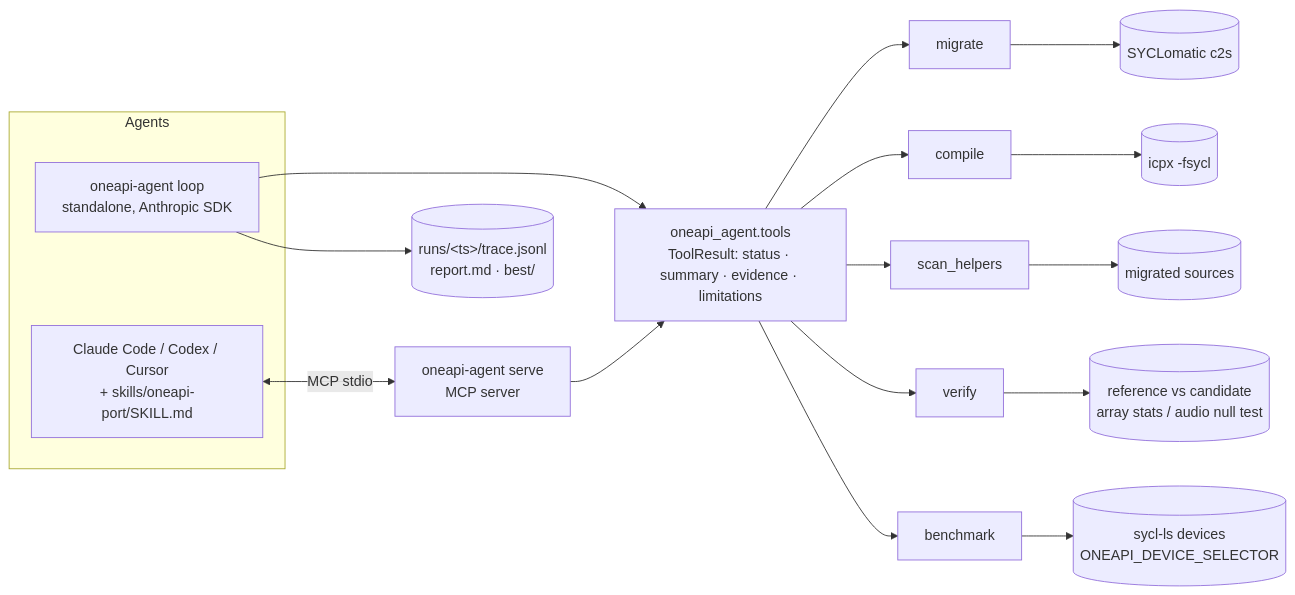
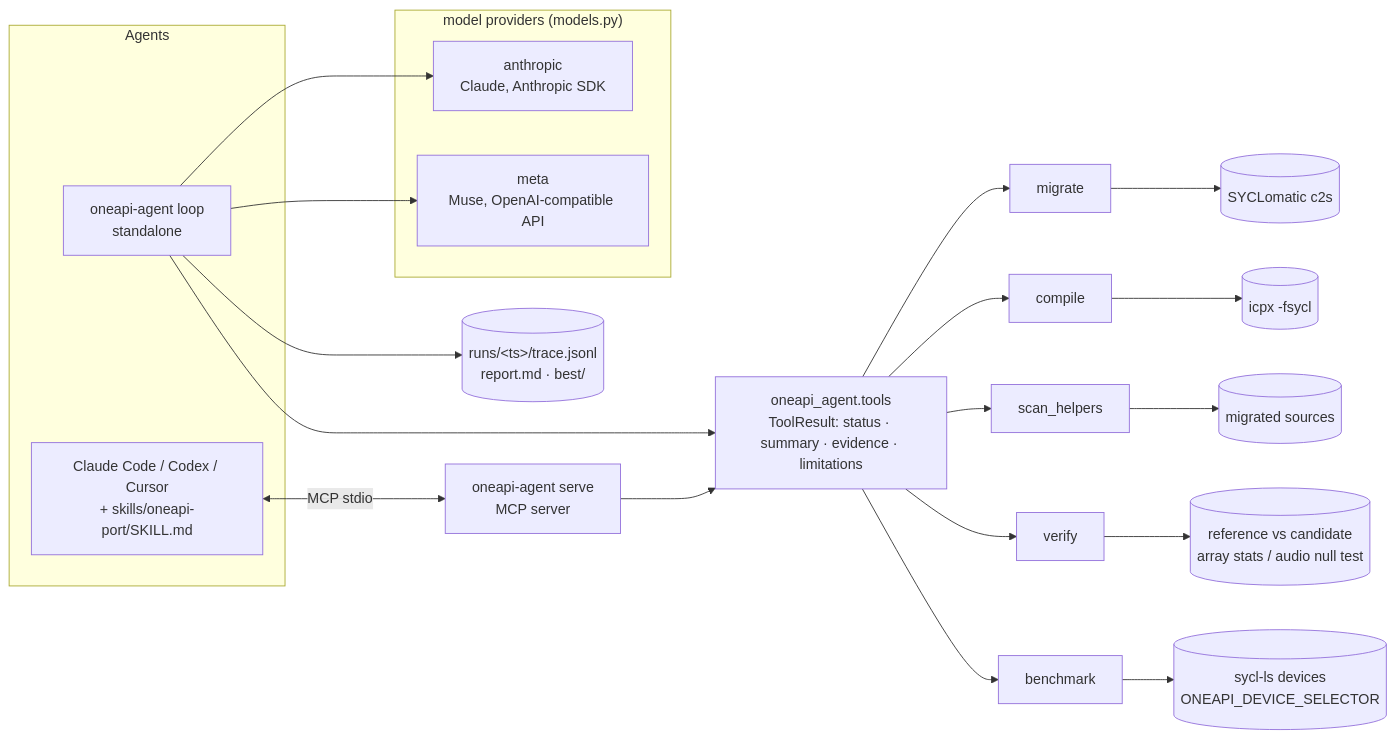
Before and after one commit to checocadena/oneapi-agent-toolkit: the diagram in README.md, drawn with Mermaid. The commit also changed other lines of this file and 3 other files, not shown here.

````diff
--- a/README.md
+++ b/README.md
@@ -140,16 +140,21 @@
 ```mermaid
 flowchart LR
     subgraph Agents
         CC[Claude Code / Codex / Cursor<br/>+ skills/oneapi-port/SKILL.md]
-        LOOP[oneapi-agent loop<br/>standalone, Anthropic SDK]
+        LOOP[oneapi-agent loop<br/>standalone]
+    end
+    subgraph Models["model providers (models.py)"]
+        ANT[anthropic<br/>Claude, Anthropic SDK]
+        META[meta<br/>Muse, OpenAI-compatible API]
     end
     CC <-- MCP stdio --> SRV[oneapi-agent serve<br/>MCP server]
+    LOOP --> ANT & META
     LOOP --> LIB
     SRV --> LIB[oneapi_agent.tools<br/>ToolResult: status · summary · evidence · limitations]
     LIB --> MIG[migrate] --> C2S[(SYCLomatic c2s)]
     LIB --> CMP[compile] --> ICPX[(icpx -fsycl)]
     LIB --> SCAN[scan_helpers] --> SRC[(migrated sources)]
     LIB --> VER[verify] --> RUN[(reference vs candidate<br/>array stats / audio null test)]
     LIB --> BEN[benchmark] --> DEV[(sycl-ls devices<br/>ONEAPI_DEVICE_SELECTOR)]
     LOOP --> TRACE[(runs/&lt;ts&gt;/trace.jsonl<br/>report.md · best/)]
 ```
````
